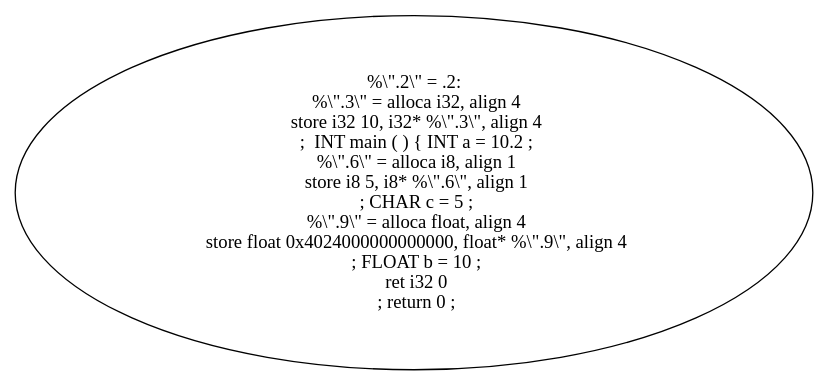
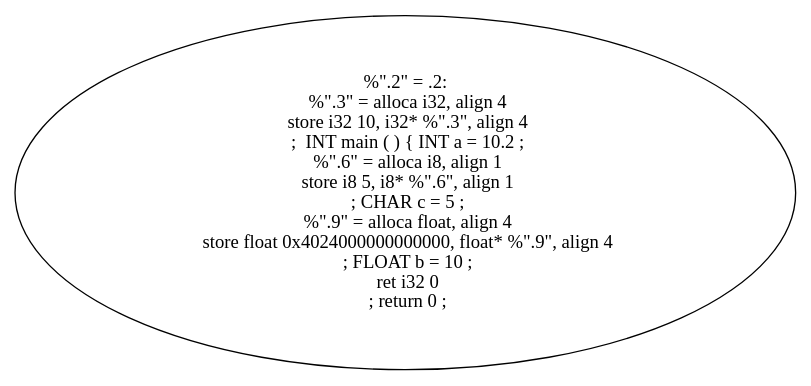
One commit to Are-you-listening/Compilers changed the diagram in example_source_files/14_implicit_conversions/14_implicit_conversions_cfg_main.dot. Above: the diagram before and after it, drawn with Graphviz. The commit also changed 278 other files, not shown here.

```diff
--- a/example_source_files/14_implicit_conversions/14_implicit_conversions_cfg_main.dot
+++ b/example_source_files/14_implicit_conversions/14_implicit_conversions_cfg_main.dot
@@ -1,14 +1,14 @@
 digraph AST {
-  "126527936695696" [label="%\\\".2\\\" = .2:
-  %\\\".3\\\" = alloca i32, align 4
-  store i32 10, i32* %\\\".3\\\", align 4
+  "139300272117008" [label="%\".2\" = .2:
+  %\".3\" = alloca i32, align 4
+  store i32 10, i32* %\".3\", align 4
   ;  INT main ( ) { INT a = 10.2 ;
-  %\\\".6\\\" = alloca i8, align 1
-  store i8 5, i8* %\\\".6\\\", align 1
+  %\".6\" = alloca i8, align 1
+  store i8 5, i8* %\".6\", align 1
   ; CHAR c = 5 ;
-  %\\\".9\\\" = alloca float, align 4
-  store float 0x4024000000000000, float* %\\\".9\\\", align 4
+  %\".9\" = alloca float, align 4
+  store float 0x4024000000000000, float* %\".9\", align 4
   ; FLOAT b = 10 ;
   ret i32 0
   ; return 0 ;"];
 }
```
